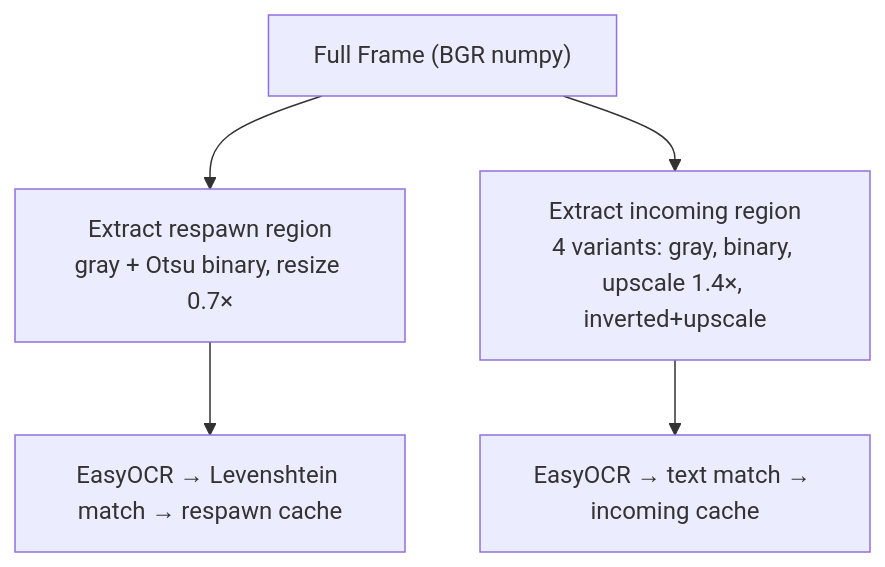
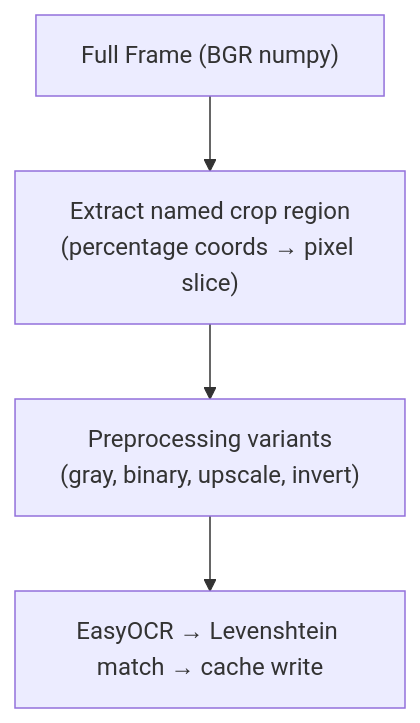
The second of 6 diagrams in docs/architecture.md (mhouse1/wingman), drawn with Mermaid before and after one commit. The commit also changed other lines of this file and 2 other files, not shown here.

````diff
--- a/docs/architecture.md
+++ b/docs/architecture.md
@@ -64,8 +60,7 @@
 ```mermaid
 flowchart TD
     F["Full Frame (BGR numpy)"]
-    F --> R["Extract respawn region\ngray + Otsu binary, resize 0.7×"]
-    F --> I["Extract incoming region\n4 variants: gray, binary, upscale 1.4×, inverted+upscale"]
-    R --> ROCR["EasyOCR → Levenshtein match → respawn cache"]
-    I --> IOCR["EasyOCR → text match → incoming cache"]
+    F --> E["Extract named crop region\n(percentage coords → pixel slice)"]
+    E --> P["Preprocessing variants\n(gray, binary, upscale, invert)"]
+    P --> OCR["EasyOCR → Levenshtein match → cache write"]
 ```
````
